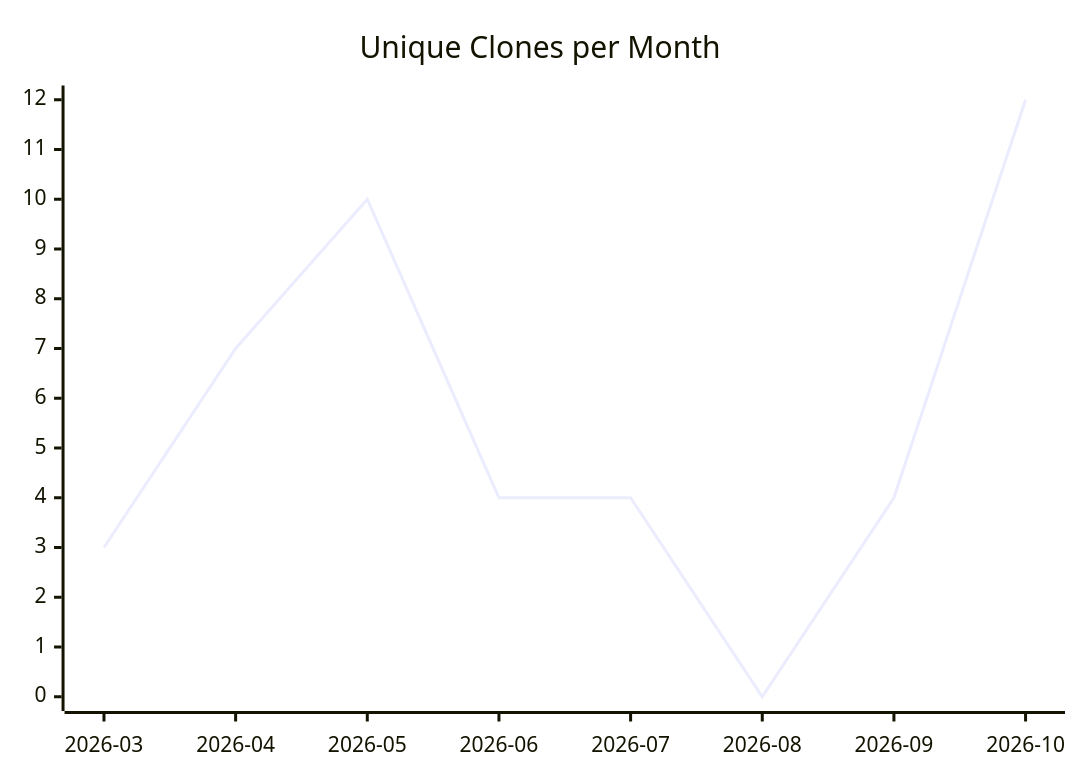
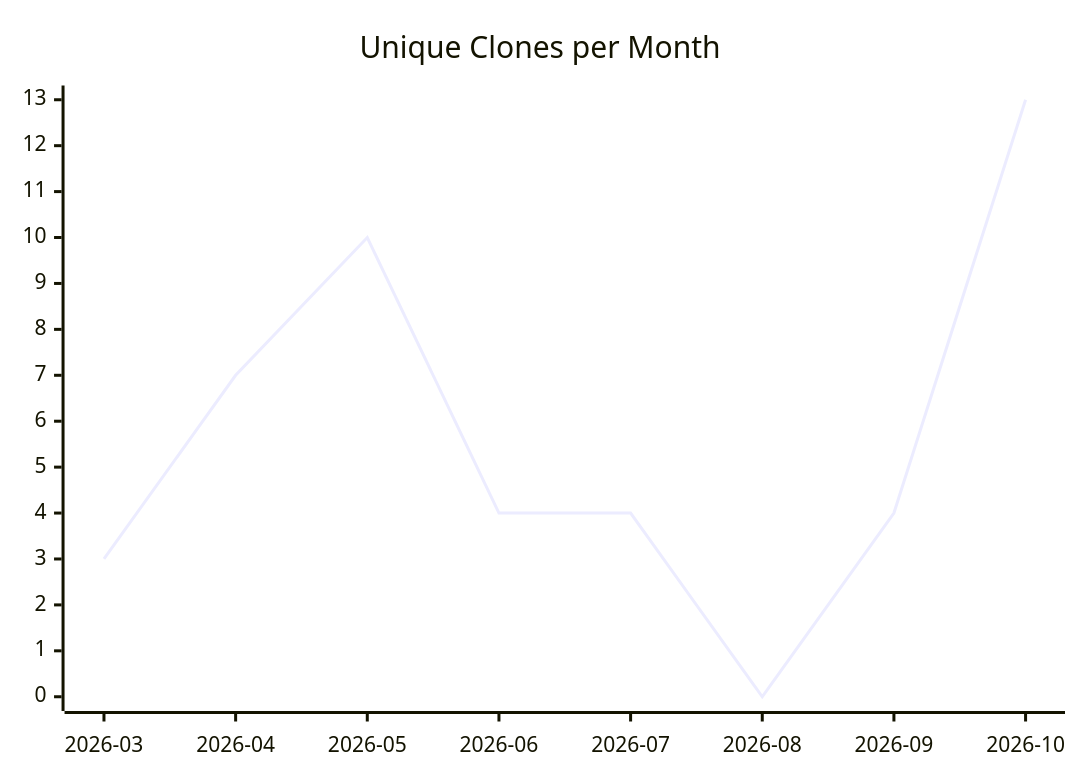
Before and after one commit to justdavis-family/github-analytics-data: the third of 3 diagrams in karlmdavis/test-repo-for-move/README.md, drawn with Mermaid. The commit also changed other lines of this file and 198 other files, not shown here.

````diff
--- a/karlmdavis/test-repo-for-move/README.md
+++ b/karlmdavis/test-repo-for-move/README.md
@@ -19,6 +19,6 @@
 ```mermaid
 xychart-beta
   title "Unique Clones per Month"
   x-axis ["2026-03", "2026-04", "2026-05", "2026-06", "2026-07", "2026-08", "2026-09", "2026-10"]
-  line [3, 7, 10, 4, 4, 0, 4, 12]
+  line [3, 7, 10, 4, 4, 0, 4, 13]
 ```
````
